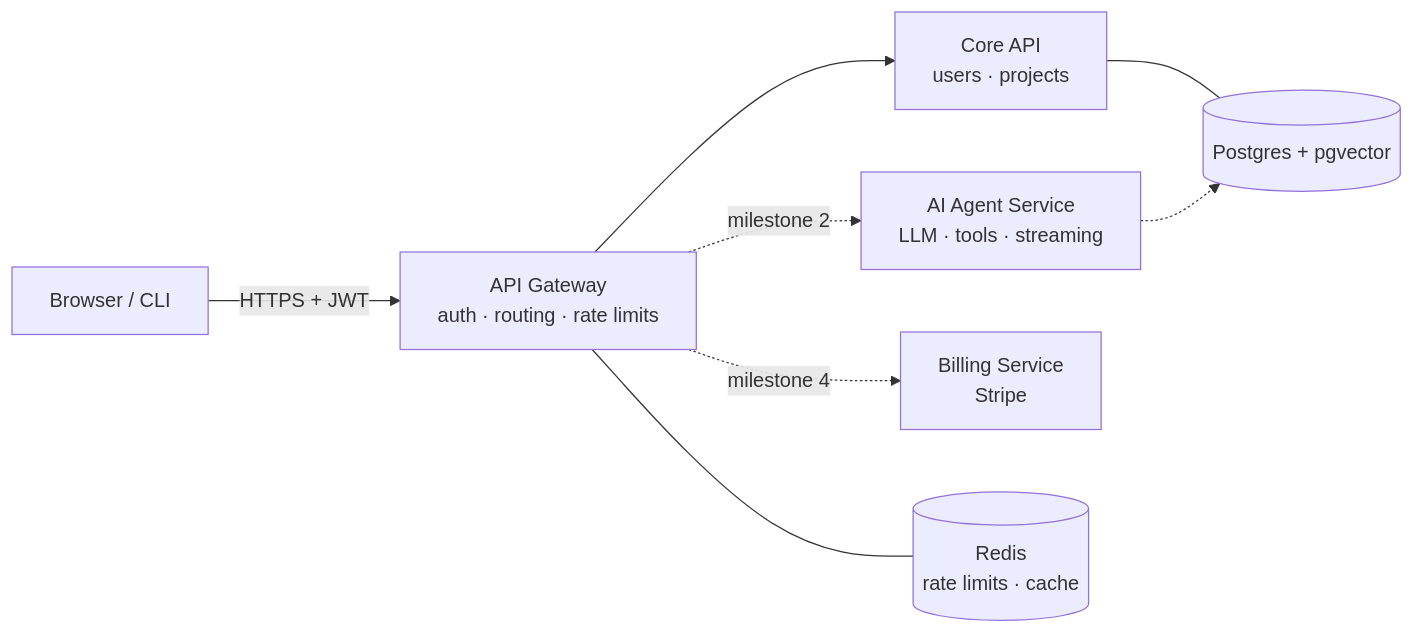
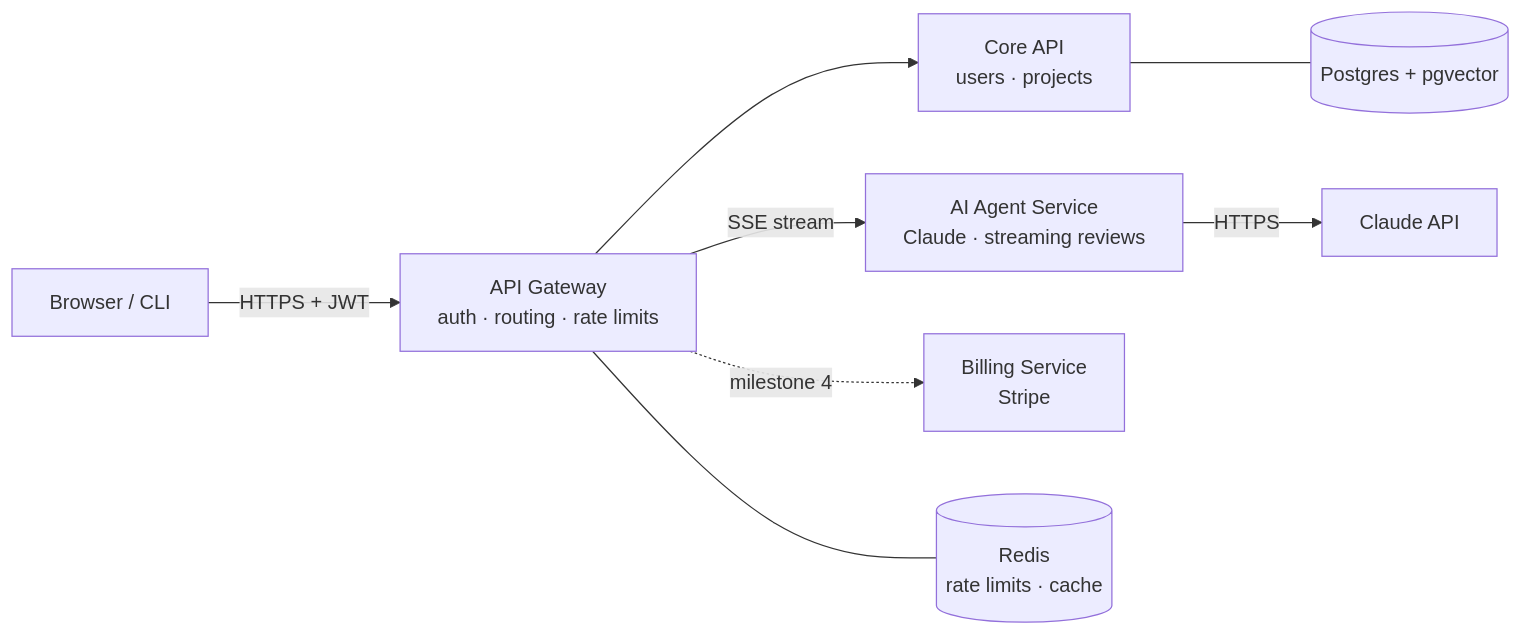
One commit to MITRAKER/genai-saas changed the diagram in README.md. Above: the diagram before and after it, drawn with Mermaid. The commit also changed other lines of this file and 21 other files, not shown here.

First line of the commit message:
Milestone 2: AI agent service with streaming code reviews

````diff
--- a/README.md
+++ b/README.md
@@ -11,10 +11,10 @@
 ```mermaid
 flowchart LR
     U[Browser / CLI] -->|HTTPS + JWT| G[API Gateway<br/>auth · routing · rate limits]
     G --> C[Core API<br/>users · projects]
-    G -.milestone 2.-> A[AI Agent Service<br/>LLM · tools · streaming]
+    G -->|SSE stream| A[AI Agent Service<br/>Claude · streaming reviews]
     G -.milestone 4.-> B[Billing Service<br/>Stripe]
     G --- R[(Redis<br/>rate limits · cache)]
     C --- P[(Postgres + pgvector)]
-    A -.-> P
+    A -->|HTTPS| L[Claude API]
 ```
````
